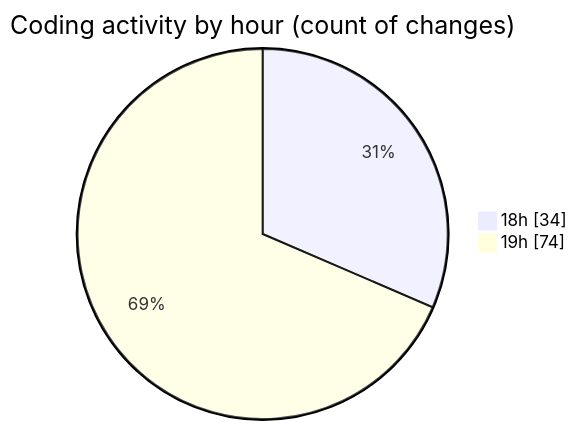
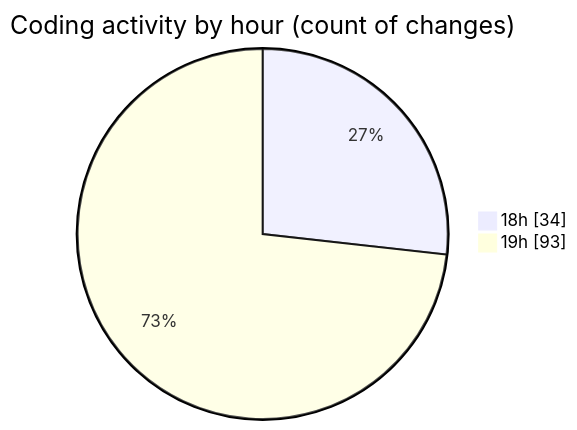
One commit to Netris89/code-tracking changed the second of 2 diagrams in 2025-04-06/back-end/README.md. Above: the diagram before and after it, drawn with Mermaid. The commit also changed other lines of this file and 1 other file, not shown here.

````diff
--- a/2025-04-06/back-end/README.md
+++ b/2025-04-06/back-end/README.md
@@ -48,6 +54,6 @@
 ```mermaid
 pie showData
 title Coding activity by hour (count of changes)
 "18h" : 34
-"19h" : 74
+"19h" : 93
 ```
````
